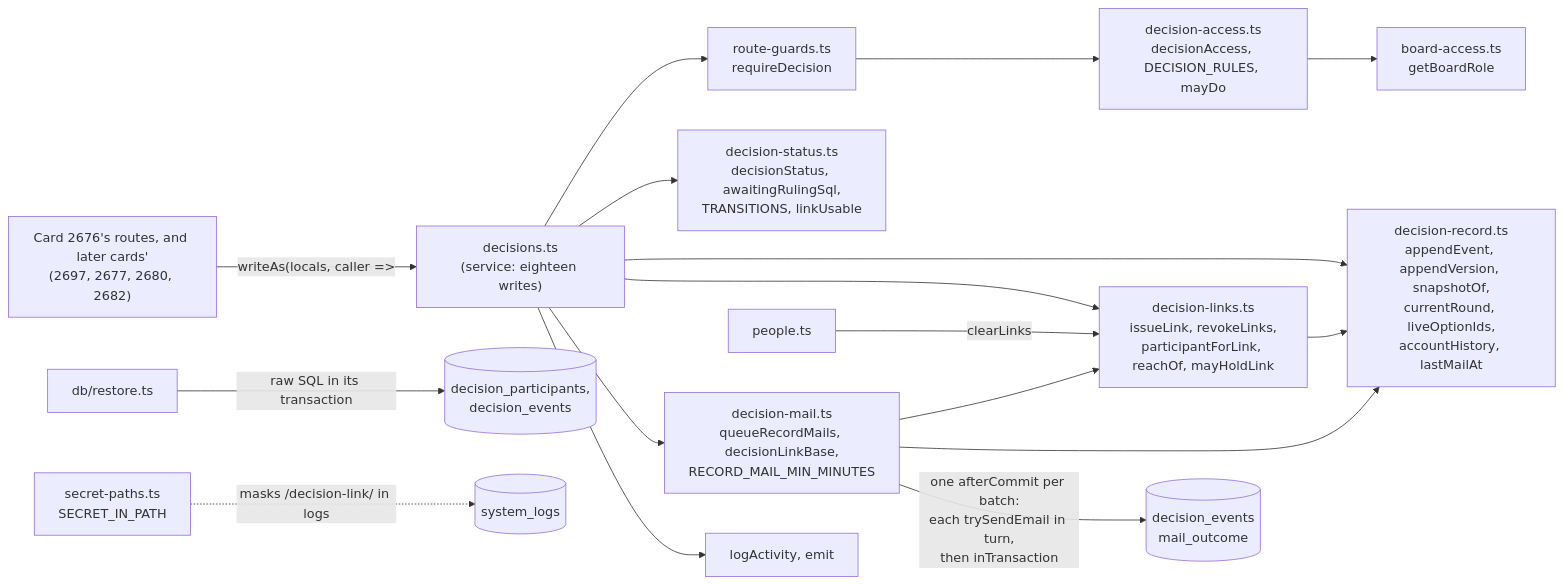
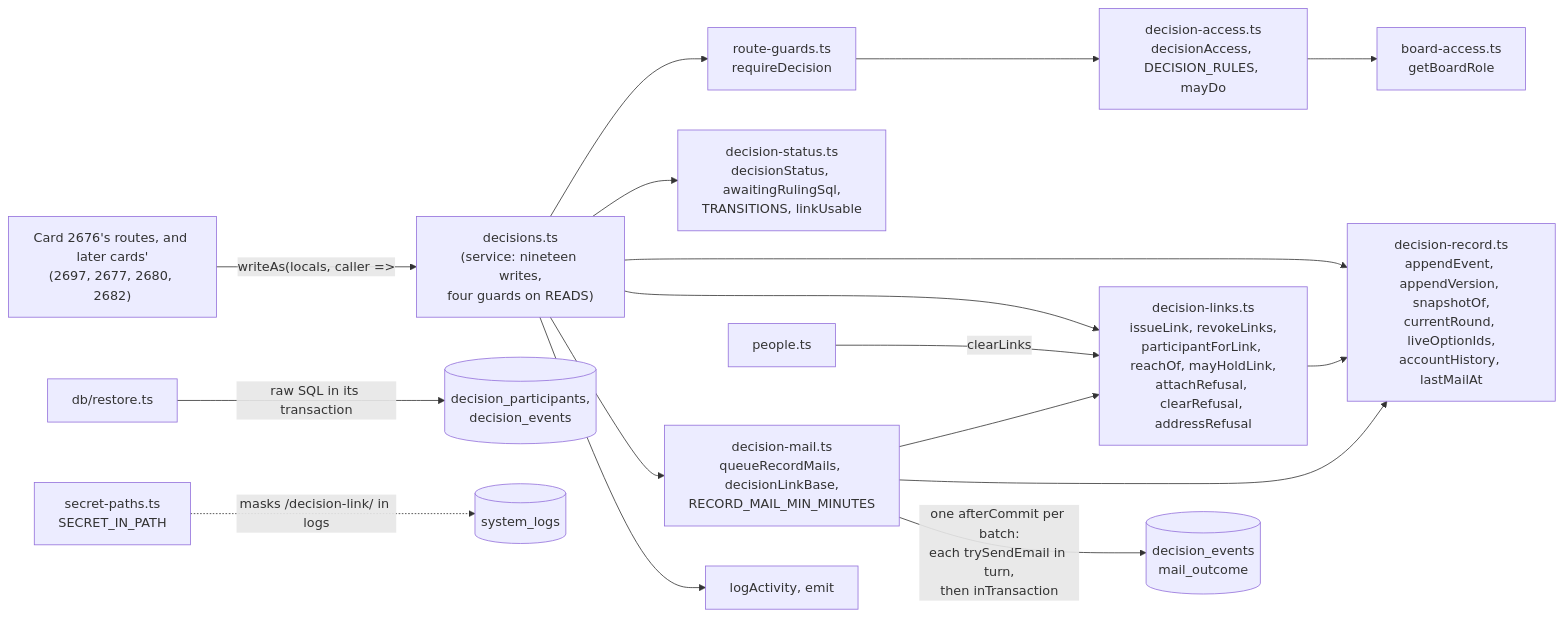
Diagram 20 of 54 in docs/architecture.md (gitBoon/DumpFire), drawn with Mermaid before and after one commit. The commit also changed other lines of this file and 60 other files, not shown here.

````diff
--- a/docs/architecture.md
+++ b/docs/architecture.md
@@ -1226,19 +1229,19 @@
 ```mermaid
 flowchart LR
-    Routes["Card 2676's routes, and later cards'<br/>(2697, 2677, 2680, 2682)"] -->|"writeAs(locals, caller =>"| Svc["decisions.ts<br/>(service: eighteen writes)"]
+    Routes["Card 2676's routes, and later cards'<br/>(2697, 2677, 2680, 2682)"] -->|"writeAs(locals, caller =>"| Svc["decisions.ts<br/>(service: nineteen writes,<br/>four guards on READS)"]
     Svc --> Guard["route-guards.ts<br/>requireDecision"]
     Guard --> Acc["decision-access.ts<br/>decisionAccess, DECISION_RULES, mayDo"]
     Acc --> BA["board-access.ts<br/>getBoardRole"]
     Svc --> St["decision-status.ts<br/>decisionStatus, awaitingRulingSql,<br/>TRANSITIONS, linkUsable"]
     Svc --> Rec["decision-record.ts<br/>appendEvent, appendVersion, snapshotOf,<br/>currentRound, liveOptionIds,<br/>accountHistory, lastMailAt"]
-    Svc --> Lk["decision-links.ts<br/>issueLink, revokeLinks,<br/>participantForLink, reachOf, mayHoldLink"]
+    Svc --> Lk["decision-links.ts<br/>issueLink, revokeLinks,<br/>participantForLink, reachOf, mayHoldLink,<br/>attachRefusal, clearRefusal, addressRefusal"]
     Svc --> Ml["decision-mail.ts<br/>queueRecordMails, decisionLinkBase,<br/>RECORD_MAIL_MIN_MINUTES"]
     Svc --> Act["logActivity, emit"]
     Lk --> Rec
     Ml --> Lk
     Ml --> Rec
     Ml -->|"one afterCommit per batch:<br/>each trySendEmail in turn,<br/>then inTransaction"| Out[("decision_events<br/>mail_outcome")]
     People["people.ts"] -->|"clearLinks"| Lk
     Restore["db/restore.ts"] -->|"raw SQL in its transaction"| DP[("decision_participants,<br/>decision_events")]
     Gate["secret-paths.ts<br/>SECRET_IN_PATH"] -.->|"masks /decision-link/ in logs"| Log[("system_logs")]
 ```
````
